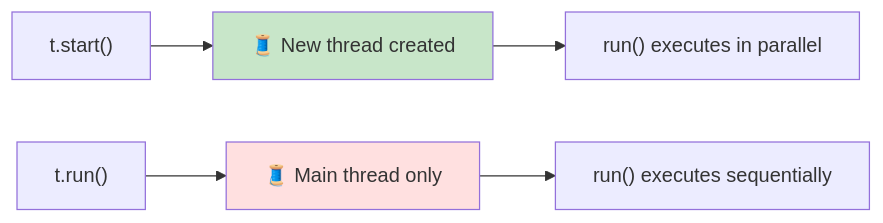
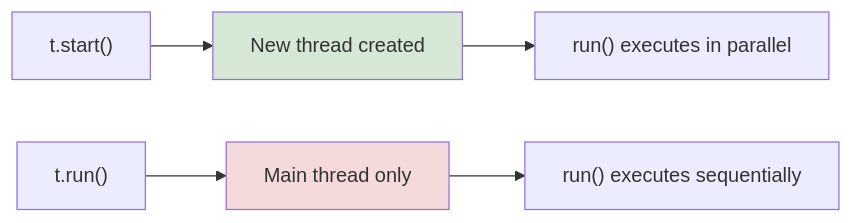
Before and after one commit to kundankumarsharma56/Leaning-Java: the second of 2 diagrams in src/Theory/09-Multi-Threading/02-Thread-Creation.md, drawn with Mermaid. The commit also changed other lines of this file and 84 other files, not shown here.

````diff
--- a/src/Theory/09-Multi-Threading/02-Thread-Creation.md
+++ b/src/Theory/09-Multi-Threading/02-Thread-Creation.md
@@ -57,7 +57,7 @@
 ```mermaid
 flowchart LR
-    S["t.start()"] --> NT["🧵 New thread created"] --> R1["run() executes in parallel"]
-    D["t.run()"] --> MT["🧵 Main thread only"] --> R2["run() executes sequentially"]
-    style NT fill:#c8e6c9
-    style MT fill:#ffe0e0
+    S["t.start()"] --> NT["New thread created"] --> R1["run() executes in parallel"]
+    D["t.run()"] --> MT["Main thread only"] --> R2["run() executes sequentially"]
+    style NT fill:#d5e8d6
+    style MT fill:#f4dada
 ```
````
